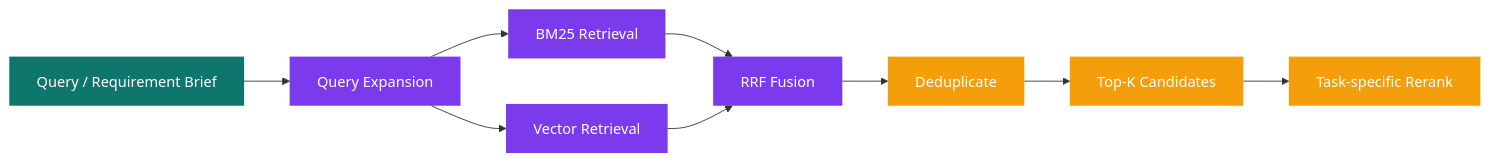
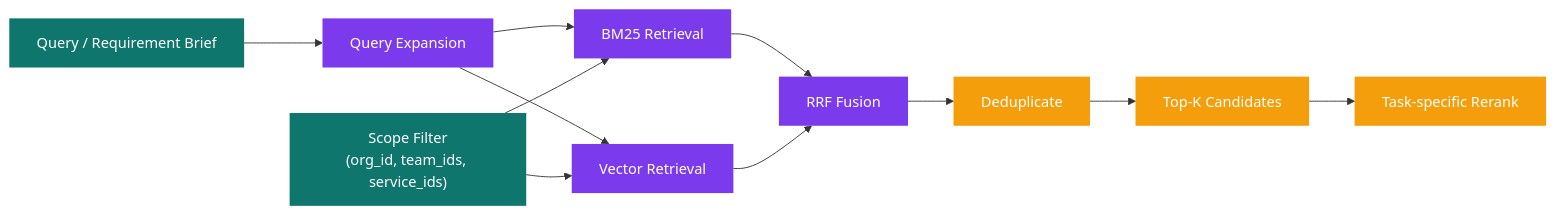
Before and after one commit to gurungabit/prism: the fourth of 5 diagrams in docs/data-flow.md, drawn with Mermaid. The commit also changed other lines of this file and 261 other files, not shown here.

First line of the commit message:
feat(catalog): declarative org/team/service/source model + drop legacy seed

````diff
--- a/docs/data-flow.md
+++ b/docs/data-flow.md
@@ -102,19 +170,21 @@
 ```mermaid
 graph LR
     REQ["Query / Requirement Brief"] --> QE["Query Expansion"]
     QE --> BM25["BM25 Retrieval"]
     QE --> VEC["Vector Retrieval"]
     BM25 --> RRF["RRF Fusion"]
     VEC --> RRF
+    SCOPE["Scope Filter<br/>(org_id, team_ids, service_ids)"] --> BM25
+    SCOPE --> VEC
     RRF --> DEDUP["Deduplicate"]
     DEDUP --> TOP["Top-K Candidates"]
     TOP --> RR["Task-specific Rerank"]
 
     classDef input fill:#0f766e,color:#fff,stroke:none;
     classDef retrieval fill:#7c3aed,color:#fff,stroke:none;
     classDef process fill:#f59e0b,color:#fff,stroke:none;
 
-    class REQ input;
+    class REQ,SCOPE input;
     class QE,BM25,VEC,RRF retrieval;
     class DEDUP,TOP,RR process;
 ```
````
